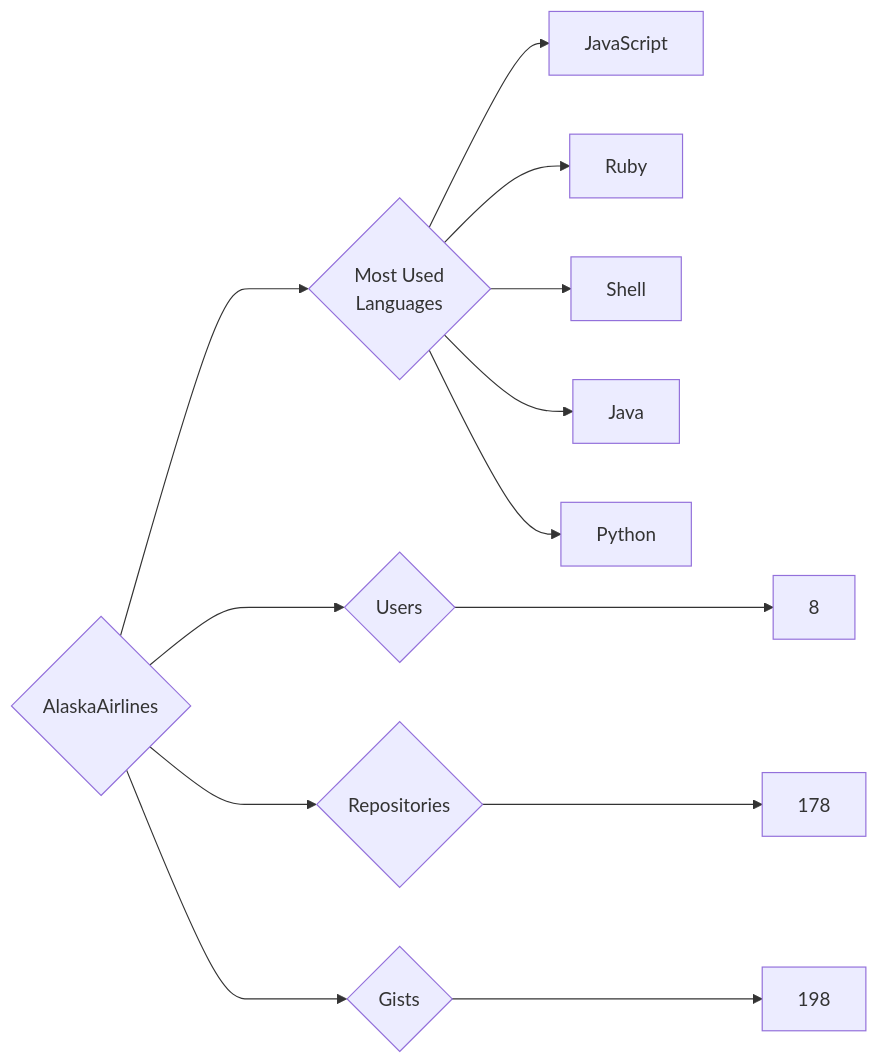
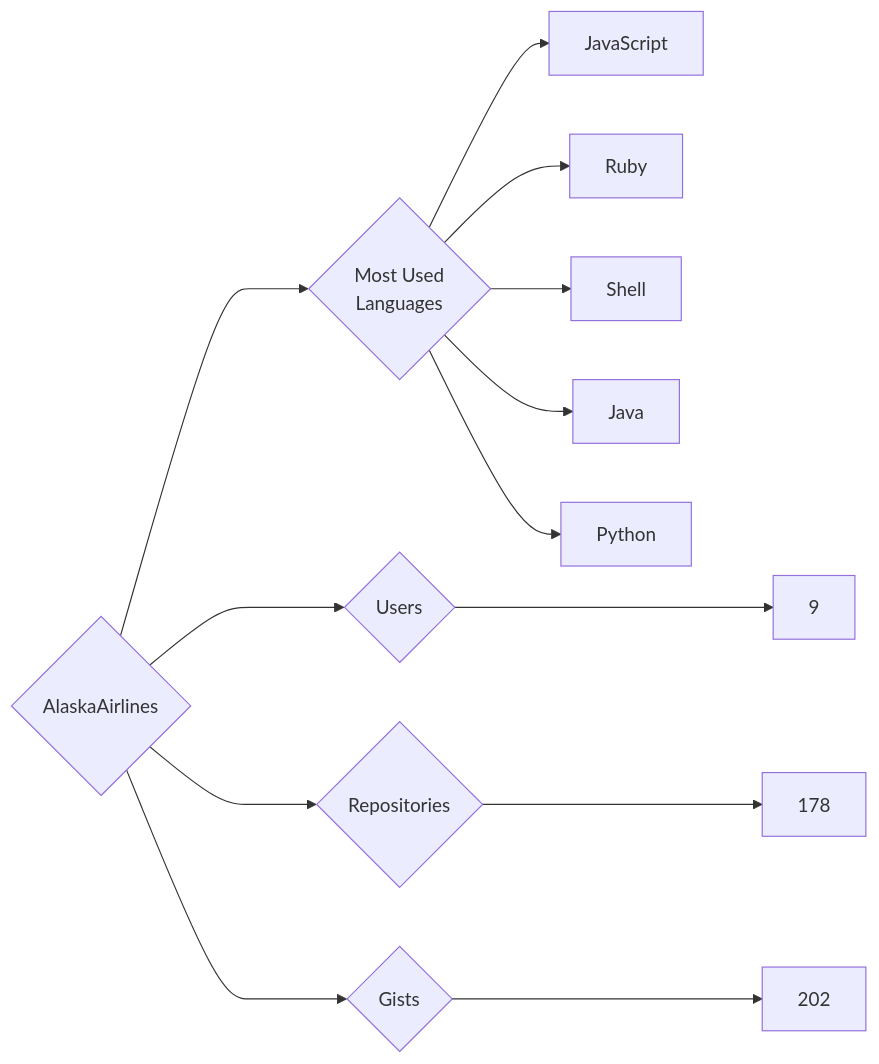
Before and after one commit to trickest/insiders: the diagram in targets/AlaskaAirlines/README.md, drawn with Mermaid. The commit also changed 865 other files, not shown here.

````diff
--- a/targets/AlaskaAirlines/README.md
+++ b/targets/AlaskaAirlines/README.md
@@ -3,13 +3,13 @@
 ```mermaid
 graph LR
 COMPANY_NAME{AlaskaAirlines}
-COMPANY_NAME ---> U{Users} ---> UN[8]
+COMPANY_NAME ---> U{Users} ---> UN[9]
 COMPANY_NAME ---> R{Repositories} ---> RN[178]
-COMPANY_NAME ---> G{Gists} ---> GN[198]
+COMPANY_NAME ---> G{Gists} ---> GN[202]
 COMPANY_NAME ---> ML{Most Used<br>Languages}
 ML --> JavaScript[JavaScript]
 ML --> Ruby[Ruby]
 ML --> Shell[Shell]
 ML --> Java[Java]
 ML --> Python[Python]
 ```
````
